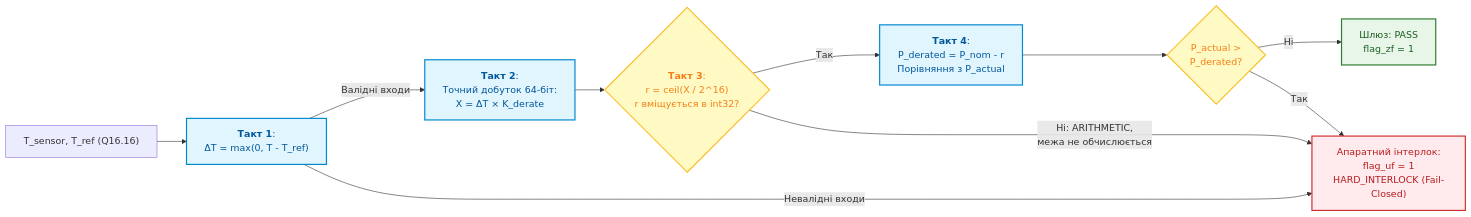
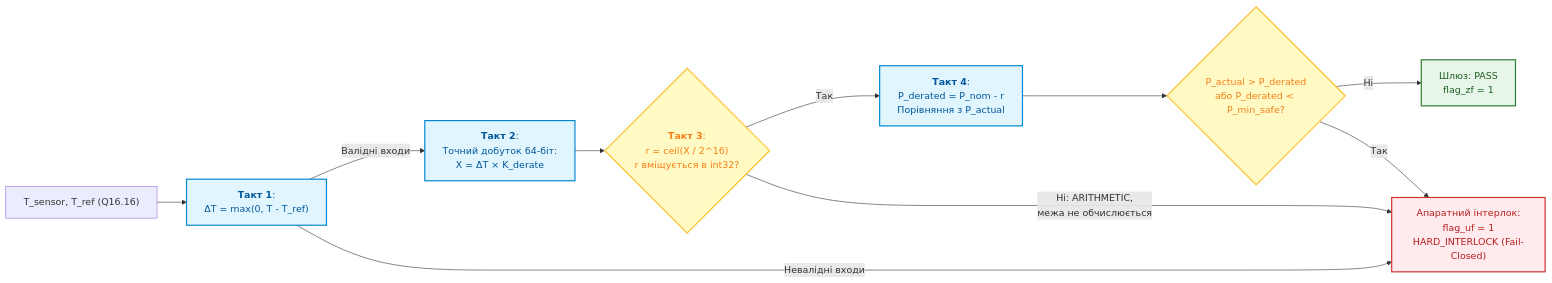
One commit to nick-fedchik/articles changed the second of 9 diagrams in ExpertSystem/ch22-cybernetics-edge-to-backend.md. Above: the diagram before and after it, drawn with Mermaid. The commit also changed other lines of this file and 7 other files, not shown here.

````diff
--- a/ExpertSystem/ch22-cybernetics-edge-to-backend.md
+++ b/ExpertSystem/ch22-cybernetics-edge-to-backend.md
@@ -340,26 +460,26 @@
 ```mermaid
 flowchart LR
     accTitle: Референсний конвеєр апаратної дегресії з відмовою за переповнення
     accDescr: Валідні входи дають добуток, округлення вгору й перевірку діапазону; переповнення переходить в інтерлок без обчислення межі.
 
     T_IN["T_sensor, T_ref (Q16.16)"] --> S1["<b>Такт 1</b>:<br/>ΔT = max(0, T - T_ref)"]
     S1 -->|"Валідні входи"| S2["<b>Такт 2</b>:<br/>Точний добуток 64-біт:<br/>X = ΔT × K_derate"]
     S2 --> S3{"<b>Такт 3</b>:<br/>r = ceil(X / 2^16)<br/>r вміщується в int32?"}
     S3 -->|"Так"| S4["<b>Такт 4</b>:<br/>P_derated = P_nom - r<br/>Порівняння з P_actual"]
     
-    S4 --> CHK{"P_actual ><br/>P_derated?"}
+    S4 --> CHK{"P_actual > P_derated<br/>або P_derated < P_min_safe?"}
     CHK -- "Ні" --> OK["Шлюз: PASS<br/>flag_zf = 1"]
     CHK -- "Так" --> INT["Апаратний інтерлок:<br/>flag_uf = 1<br/>HARD_INTERLOCK (Fail-Closed)"]
     S1 -->|"Невалідні входи"| INT
     S3 -->|"Ні: ARITHMETIC,<br/>межа не обчислюється"| INT
 
     classDef proc fill:#e1f5fe,stroke:#0288d1,stroke-width:2px,color:#01579b;
     classDef dec fill:#fff9c4,stroke:#fbc02d,stroke-width:2px,color:#f57f17;
     classDef safe fill:#e8f5e9,stroke:#2e7d32,stroke-width:2px,color:#1b5e20;
     classDef err fill:#ffebee,stroke:#d32f2f,stroke-width:2px,color:#b71c1c;
 
     class S1,S2,S4 proc;
     class S3,CHK dec;
     class OK safe;
     class INT err;
 ```
````
